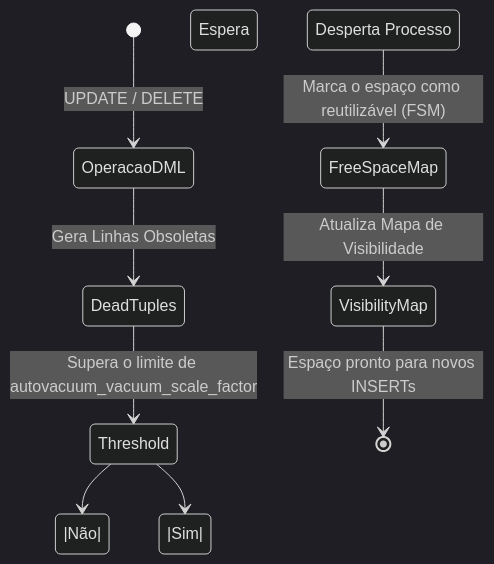
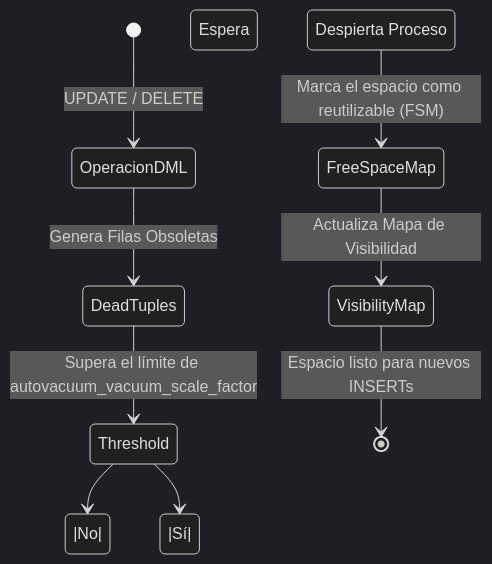
Before and after one commit to gjpierp/nmergeia: the first of 2 diagrams in public/docs/pt/postgres_avanzado.md, drawn with Mermaid (dark theme). The commit also changed other lines of this file and 518 other files, not shown here.

````diff
--- a/public/docs/pt/postgres_avanzado.md
+++ b/public/docs/pt/postgres_avanzado.md
@@ -40,11 +40,11 @@
 ```mermaid
 stateDiagram-v2
-    [*] --> OperacaoDML: UPDATE / DELETE
-    OperacaoDML --> DeadTuples: Gera Linhas Obsoletas
-    DeadTuples --> Threshold: Supera o limite de autovacuum_vacuum_scale_factor
-    Threshold -->|Não| Espera
-    Threshold -->|Sim| AutovacuumWorker: Desperta Processo
-    AutovacuumWorker --> FreeSpaceMap: Marca o espaço como reutilizável (FSM)
-    FreeSpaceMap --> VisibilityMap: Atualiza Mapa de Visibilidade
-    VisibilityMap --> [*]: Espaço pronto para novos INSERTs
+    [*] --> OperacionDML: UPDATE / DELETE
+    OperacionDML --> DeadTuples: Genera Filas Obsoletas
+    DeadTuples --> Threshold: Supera el límite de autovacuum_vacuum_scale_factor
+    Threshold -->|No| Espera
+    Threshold -->|Sí| AutovacuumWorker: Despierta Proceso
+    AutovacuumWorker --> FreeSpaceMap: Marca el espacio como reutilizable (FSM)
+    FreeSpaceMap --> VisibilityMap: Actualiza Mapa de Visibilidad
+    VisibilityMap --> [*]: Espacio listo para nuevos INSERTs
 ```
````
